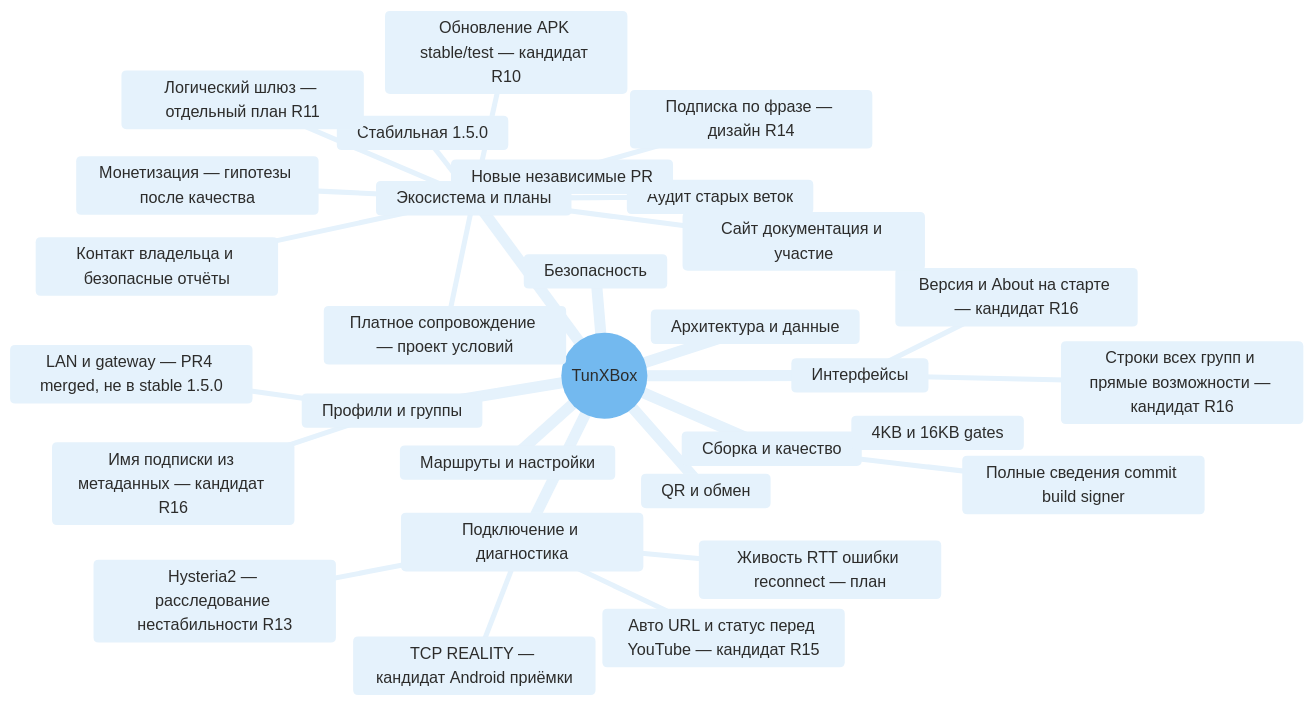
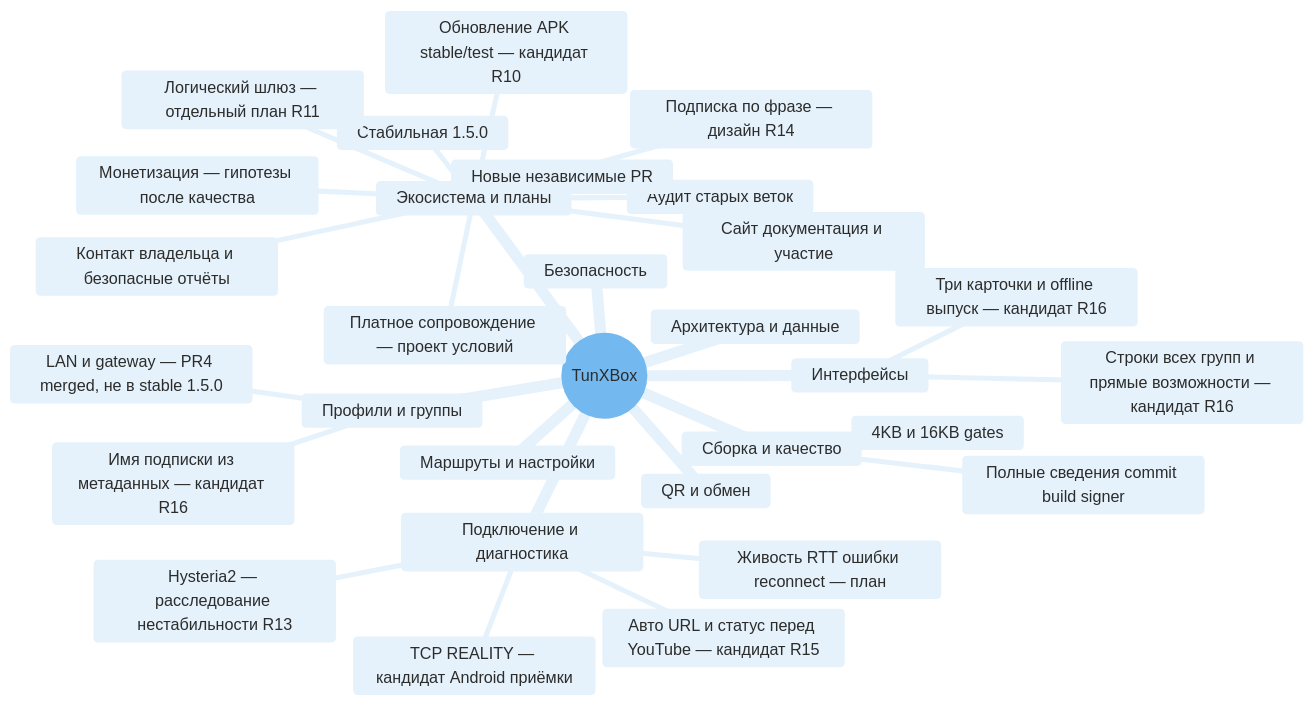
One commit to LeonidYasin/TunXBox changed the diagram in docs/project-map.md. Above: the diagram before and after it, drawn with Mermaid. The commit also changed 23 other files, not shown here.

````diff
--- a/docs/project-map.md
+++ b/docs/project-map.md
@@ -9,34 +9,34 @@
 ```mermaid
 %%{init: {"theme": "base", "themeVariables": {"primaryColor": "#E5F2FC", "primaryTextColor": "#2C2C2B", "primaryBorderColor": "#2783DE", "lineColor": "#7D7A75", "secondaryColor": "#E8F1EC", "tertiaryColor": "#F9F8F7", "fontFamily": "Arial", "cScale0": "#E5F2FC", "cScaleLabel0": "#2C2C2B", "cScale1": "#E5F2FC", "cScaleLabel1": "#2C2C2B", "cScale2": "#E5F2FC", "cScaleLabel2": "#2C2C2B", "cScale3": "#E5F2FC", "cScaleLabel3": "#2C2C2B", "cScale4": "#E5F2FC", "cScaleLabel4": "#2C2C2B", "cScale5": "#E5F2FC", "cScaleLabel5": "#2C2C2B", "cScale6": "#E5F2FC", "cScaleLabel6": "#2C2C2B", "cScale7": "#E5F2FC", "cScaleLabel7": "#2C2C2B", "cScale8": "#E5F2FC", "cScaleLabel8": "#2C2C2B", "cScale9": "#E5F2FC", "cScaleLabel9": "#2C2C2B", "cScale10": "#E5F2FC", "cScaleLabel10": "#2C2C2B", "cScale11": "#E5F2FC", "cScaleLabel11": "#2C2C2B"}}}%%
 mindmap
   root((TunXBox))
     Интерфейсы
       Строки всех групп и прямые возможности — кандидат R16
-      Версия и About на старте — кандидат R16
+      Три карточки и offline выпуск — кандидат R16
     Профили и группы
       Имя подписки из метаданных — кандидат R16
       LAN и gateway — PR4 merged, не в stable 1.5.0
     Подключение и диагностика
       TCP REALITY — кандидат Android приёмки
       Hysteria2 — расследование нестабильности R13
       Авто URL и статус перед YouTube — кандидат R15
       Живость RTT ошибки reconnect — план
     Маршруты и настройки
     QR и обмен
     Архитектура и данные
     Сборка и качество
       Полные сведения commit build signer
       4KB и 16KB gates
     Безопасность
     Экосистема и планы
       Стабильная 1.5.0
       Аудит старых веток
       Новые независимые PR
       Обновление APK stable/test — кандидат R10
       Сайт документация и участие
       Контакт владельца и безопасные отчёты
       Платное сопровождение — проект условий
       Монетизация — гипотезы после качества
       Логический шлюз — отдельный план R11
       Подписка по фразе — дизайн R14
 ```
````
